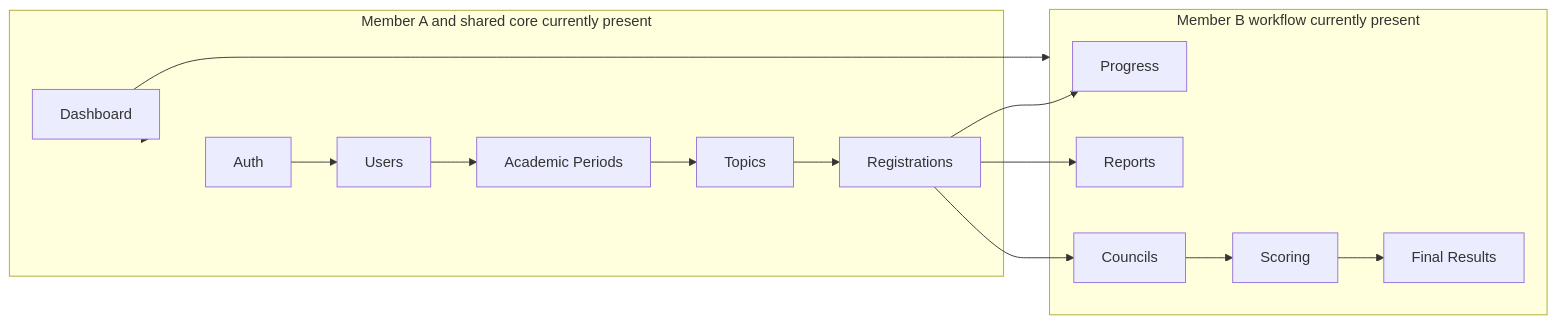
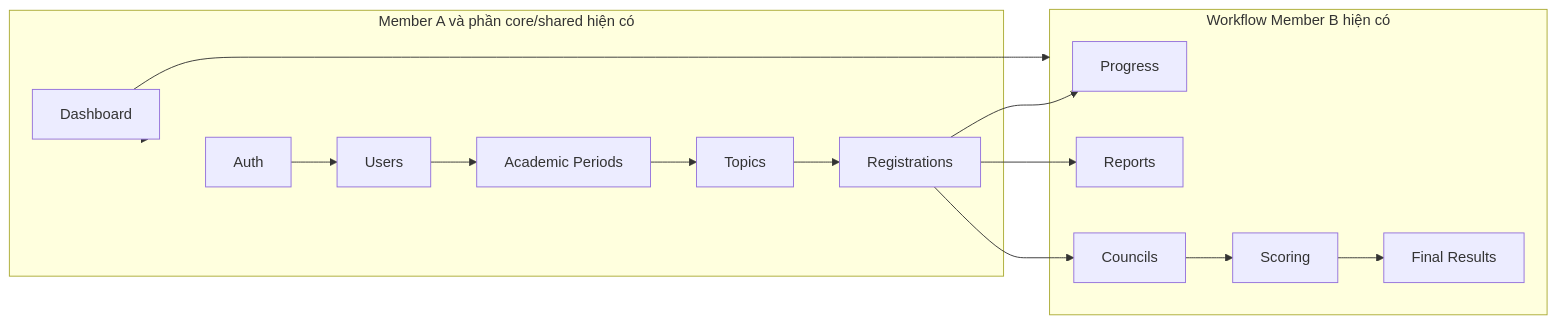
One commit to VanTruong475/research-thesis-portal changed the tenth of 10 diagrams in docs/diagrams_research_thesis_portal.md. Above: the diagram before and after it, drawn with Mermaid. The commit also changed other lines of this file, not shown here.

Commit message:
docs(diagrams): localize current project Mermaid diagrams

````diff
--- a/docs/diagrams_research_thesis_portal.md
+++ b/docs/diagrams_research_thesis_portal.md
@@ -557,31 +557,31 @@
 ```mermaid
 flowchart LR
-    subgraph Core[Member A and shared core currently present]
-        Auth[Auth]
-        Users[Users]
-        Periods[Academic Periods]
-        Topics[Topics]
-        Registrations[Registrations]
-        Dashboard[Dashboard]
+    subgraph Core["Member A và phần core/shared hiện có"]
+        Auth["Auth"]
+        Users["Users"]
+        Periods["Academic Periods"]
+        Topics["Topics"]
+        Registrations["Registrations"]
+        Dashboard["Dashboard"]
     end
 
-    subgraph Execution[Member B workflow currently present]
-        Progress[Progress]
-        Reports[Reports]
-        Councils[Councils]
-        Evaluation[Scoring]
-        Results[Final Results]
+    subgraph Execution["Workflow Member B hiện có"]
+        Progress["Progress"]
+        Reports["Reports"]
+        Councils["Councils"]
+        Evaluation["Scoring"]
+        Results["Final Results"]
     end
 
     Auth --> Users
     Users --> Periods
     Periods --> Topics
     Topics --> Registrations
     Registrations --> Progress
     Registrations --> Reports
     Registrations --> Councils
     Councils --> Evaluation
     Evaluation --> Results
     Dashboard --> Core
     Dashboard --> Execution
 ```
````
